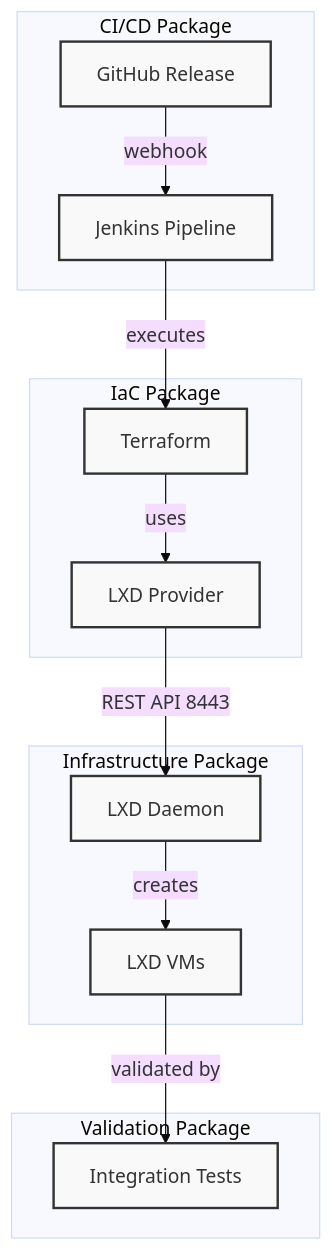
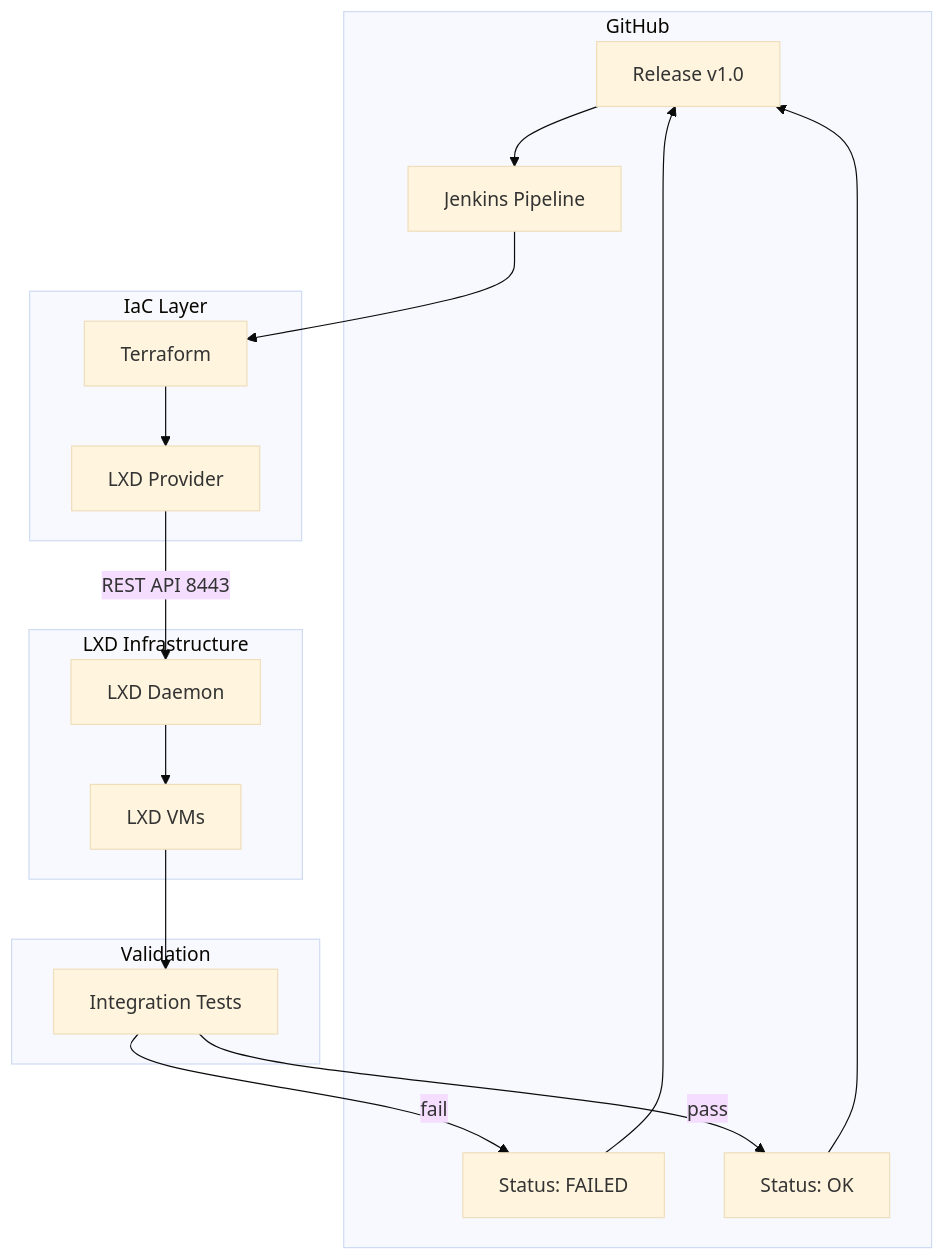
One commit to DurianLAB/terraform changed the diagram in docs/diagram.md. Above: the diagram before and after it, drawn with Mermaid (base theme). The commit also changed other lines of this file, not shown here.

Commit message:
Fix: rename to Mermaid Flow Diagram instead of package diagram

````diff
--- a/docs/diagram.md
+++ b/docs/diagram.md
@@ -71,30 +71,24 @@
 ```mermaid
 graph TB
-    subgraph "CI/CD Package"
-        A[GitHub Release]:::pkg
-        B[Jenkins Pipeline]:::pkg
+    subgraph "GitHub"
+        A[Release v1.0] --> B[Jenkins Pipeline]
+        F[Status: FAILED] --> A
+        G[Status: OK] --> A
     end
     
-    subgraph "IaC Package"
-        C[Terraform]:::pkg
-        D[LXD Provider]:::pkg
+    subgraph "IaC Layer"
+        B --> C[Terraform]
+        C --> D[LXD Provider]
     end
     
-    subgraph "Infrastructure Package"
-        E[LXD Daemon]:::pkg
-        F[LXD VMs]:::pkg
+    subgraph "LXD Infrastructure"
+        D -->|REST API 8443| E[LXD Daemon]
+        E --> F1[LXD VMs]
     end
     
-    subgraph "Validation Package"
-        G[Integration Tests]:::pkg
+    subgraph "Validation"
+        F1 --> H[Integration Tests]
+        H -->|pass| G
+        H -->|fail| F
     end
-    
-    A -->|webhook| B
-    B -->|executes| C
-    C -->|uses| D
-    D -->|REST API 8443| E
-    E -->|creates| F
-    F -->|validated by| G
-    
-    classDef pkg fill:#f9f9f9,stroke:#333,stroke-width:2px
 ```
````
